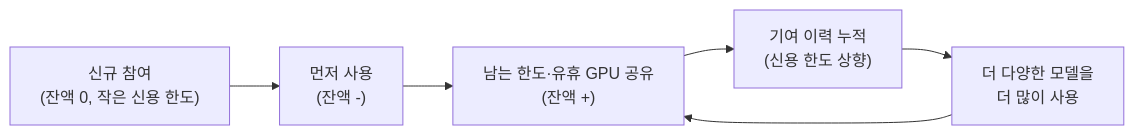
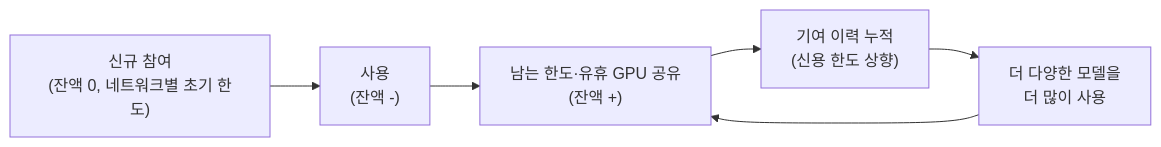
One commit to tanminkwan/share-ur-tokens changed the first of 3 diagrams in docs/ledger-and-settlement.md. Above: the diagram before and after it, drawn with Mermaid. The commit also changed other lines of this file and 10 other files, not shown here.

````diff
--- a/docs/ledger-and-settlement.md
+++ b/docs/ledger-and-settlement.md
@@ -28,8 +38,8 @@
 ```mermaid
 flowchart LR
-    Join["신규 참여<br/>(잔액 0, 작은 신용 한도)"] --> Use["먼저 사용<br/>(잔액 -)"]
+    Join["신규 참여<br/>(잔액 0, 네트워크별 초기 한도)"] --> Use["사용<br/>(잔액 -)"]
     Use --> Supply["남는 한도·유휴 GPU 공유<br/>(잔액 +)"]
     Supply --> Trust["기여 이력 누적<br/>(신용 한도 상향)"]
     Trust --> More["더 다양한 모델을<br/>더 많이 사용"]
     More --> Supply
 ```
````
